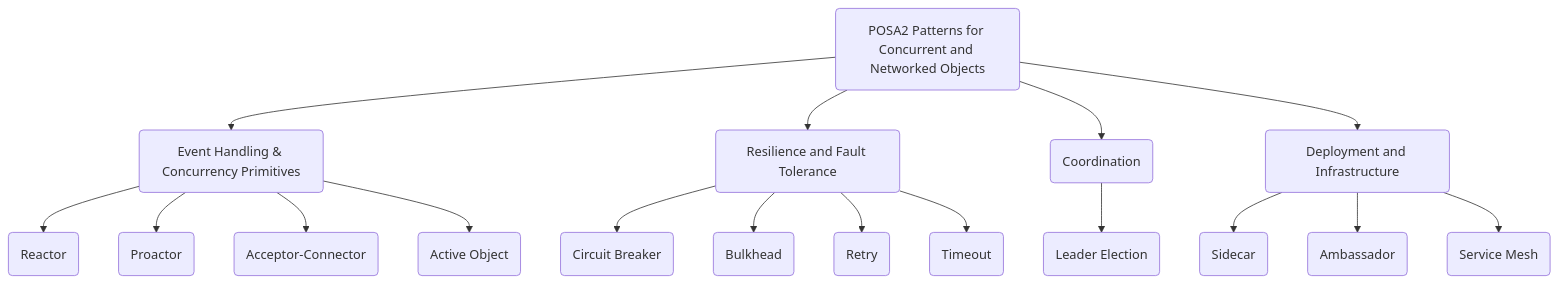
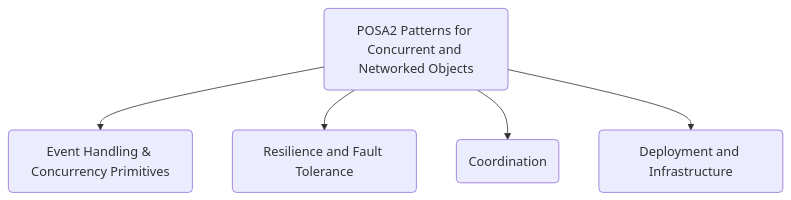
Before and after one commit to bmeurant/technical-docs: diagram 11 of 25 in software-architecture/design-patterns/posa.md, drawn with Mermaid. The commit also changed other lines of this file, not shown here.

Commit message:
docs(software-architecture): update Posa to add pattern categories diagrams

````diff
--- a/software-architecture/design-patterns/posa.md
+++ b/software-architecture/design-patterns/posa.md
@@ -338,25 +338,10 @@
 ```mermaid
 graph TD
     A2(POSA2 Patterns for Concurrent and Networked Objects);
 
     %% POSA2 Patterns
-    A2 --> A2_B(Event Handling & Concurrency Primitives);
-    A2_B --> B1(Reactor);
-    A2_B --> B2(Proactor);
-    A2_B --> B3(Acceptor-Connector);
-    A2_B --> B4(Active Object);
-    
+    A2 --> A2_B(Event Handling & Concurrency Primitives);  
     A2 --> A2_C(Resilience and Fault Tolerance);
-    A2_C --> C1(Circuit Breaker);
-    A2_C --> C2(Bulkhead);
-    A2_C --> C3(Retry);
-    A2_C --> C4(Timeout);
-
     A2 --> A2_D(Coordination);
-    A2_D --> D1(Leader Election);
-
     A2 --> A2_E(Deployment and Infrastructure);
-    A2_E --> E1(Sidecar);
-    A2_E --> E2(Ambassador);
-    A2_E --> E3(Service Mesh);
 ```
````
